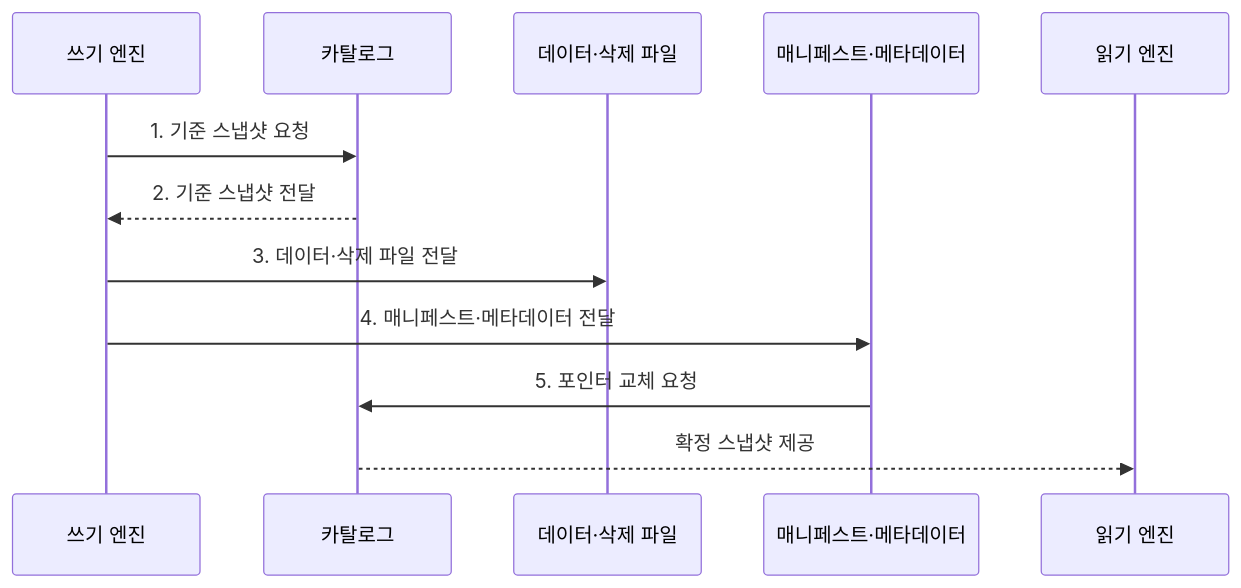
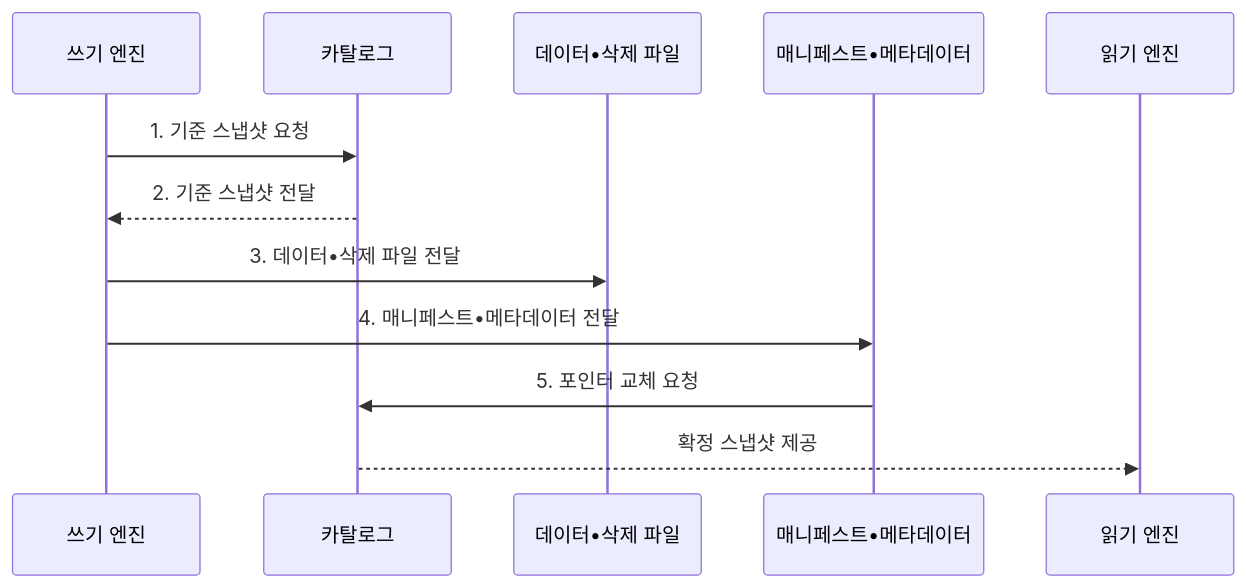
The second of 2 diagrams in src/content/docs/notes/08-latest-tech/191_apache_iceberg.md (agnusdei1207/knowledge-base), drawn with Mermaid before and after one commit. The commit also changed other lines of this file and 953 other files, not shown here.

````diff
--- a/src/content/docs/notes/08-latest-tech/191_apache_iceberg.md
+++ b/src/content/docs/notes/08-latest-tech/191_apache_iceberg.md
@@ -99,14 +99,14 @@
 ```mermaid
 sequenceDiagram
   participant W as 쓰기 엔진
   participant C as 카탈로그
-  participant F as 데이터·삭제 파일
-  participant M as 매니페스트·메타데이터
+  participant F as 데이터•삭제 파일
+  participant M as 매니페스트•메타데이터
   participant R as 읽기 엔진
   W->>C: 1. 기준 스냅샷 요청
   C-->>W: 2. 기준 스냅샷 전달
-  W->>F: 3. 데이터·삭제 파일 전달
-  W->>M: 4. 매니페스트·메타데이터 전달
+  W->>F: 3. 데이터•삭제 파일 전달
+  W->>M: 4. 매니페스트•메타데이터 전달
   M->>C: 5. 포인터 교체 요청
   C-->>R: 확정 스냅샷 제공
 ```
````
